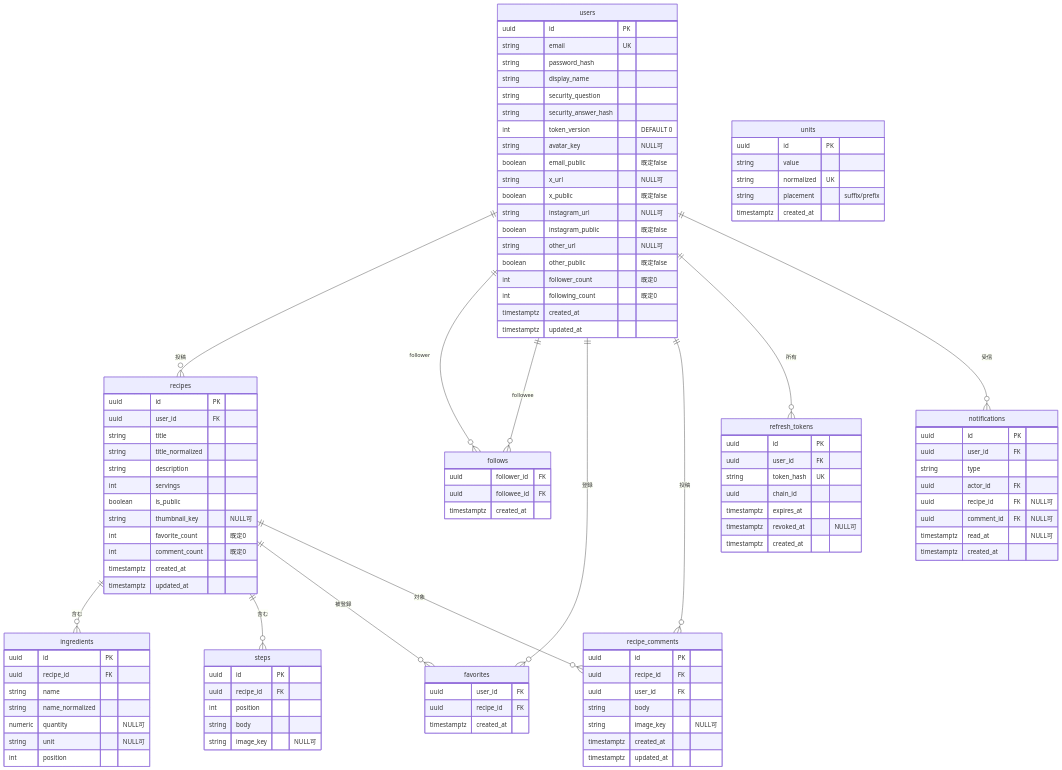
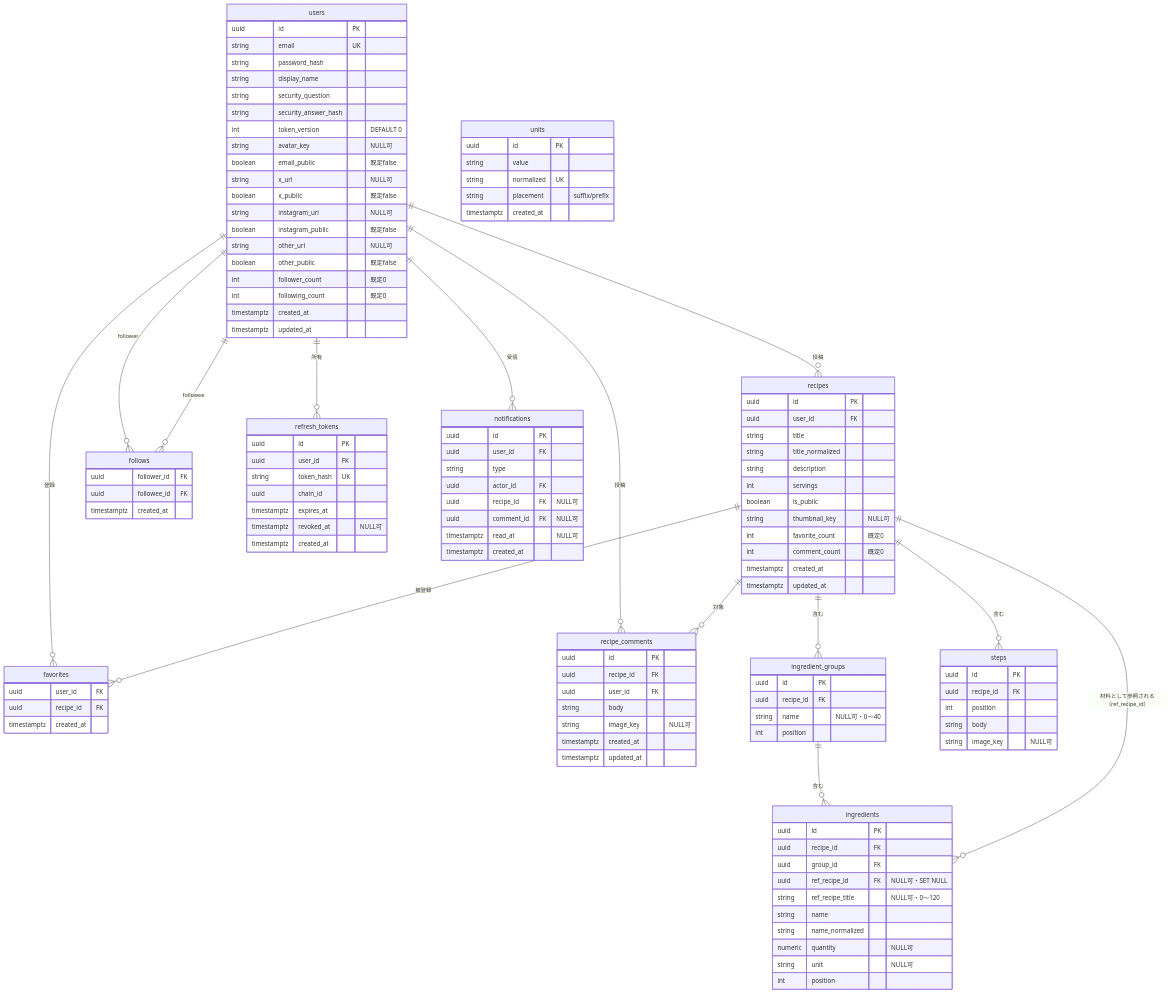
One commit to yamamotonaoki3/Recipi changed the diagram in docs/requirements/data-model.md. Above: the diagram before and after it, drawn with Mermaid. The commit also changed other lines of this file and 11 other files, not shown here.

```diff
--- a/docs/requirements/data-model.md
+++ b/docs/requirements/data-model.md
@@ -13,10 +13,12 @@
     users ||--o{ recipe_comments : "投稿"
     users ||--o{ refresh_tokens : "所有"
     users ||--o{ notifications : "受信"
-    recipes ||--o{ ingredients : "含む"
+    recipes ||--o{ ingredient_groups : "含む"
+    ingredient_groups ||--o{ ingredients : "含む"
     recipes ||--o{ steps : "含む"
     recipes ||--o{ favorites : "被登録"
     recipes ||--o{ recipe_comments : "対象"
+    recipes ||--o{ ingredients : "材料として参照される（ref_recipe_id）"
 
     users {
         uuid id PK
@@ -53,9 +55,18 @@
         timestamptz created_at
         timestamptz updated_at
     }
+    ingredient_groups {
+        uuid id PK
+        uuid recipe_id FK
+        string name "NULL可・0〜40"
+        int position
+    }
     ingredients {
         uuid id PK
         uuid recipe_id FK
+        uuid group_id FK
+        uuid ref_recipe_id FK "NULL可・SET NULL"
+        string ref_recipe_title "NULL可・0〜120"
         string name
         string name_normalized
         numeric quantity "NULL可"
```
